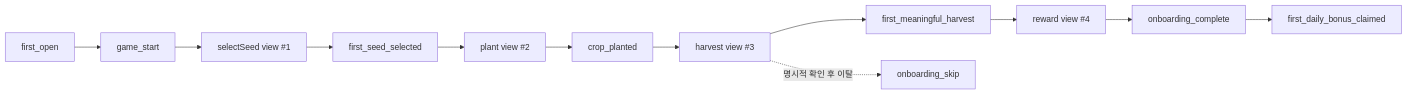
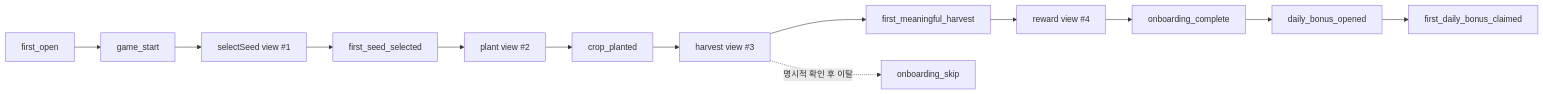
Before and after one commit to seorilabs/happy-farm: the diagram in docs/04-work/funnel-analytics.md, drawn with Mermaid. The commit also changed other lines of this file and 5 other files, not shown here.

````diff
--- a/docs/04-work/funnel-analytics.md
+++ b/docs/04-work/funnel-analytics.md
@@ -70,14 +71,15 @@
 ```mermaid
 flowchart LR
   A[first_open] --> B[game_start]
   B --> C[selectSeed view #35;1]
   C --> D[first_seed_selected]
   D --> E[plant view #35;2]
   E --> F[crop_planted]
   F --> G[harvest view #35;3]
   G --> H[first_meaningful_harvest]
   H --> I[reward view #35;4]
   I --> J[onboarding_complete]
-  J --> K[first_daily_bonus_claimed]
+  J --> K[daily_bonus_opened]
+  K --> L[first_daily_bonus_claimed]
   G -. 명시적 확인 후 이탈 .-> S[onboarding_skip]
 ```
````
